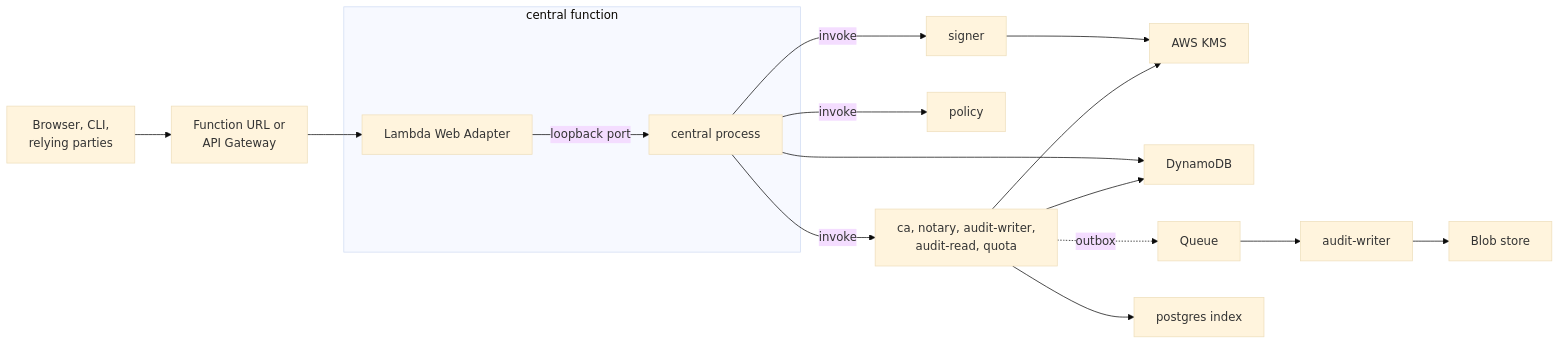
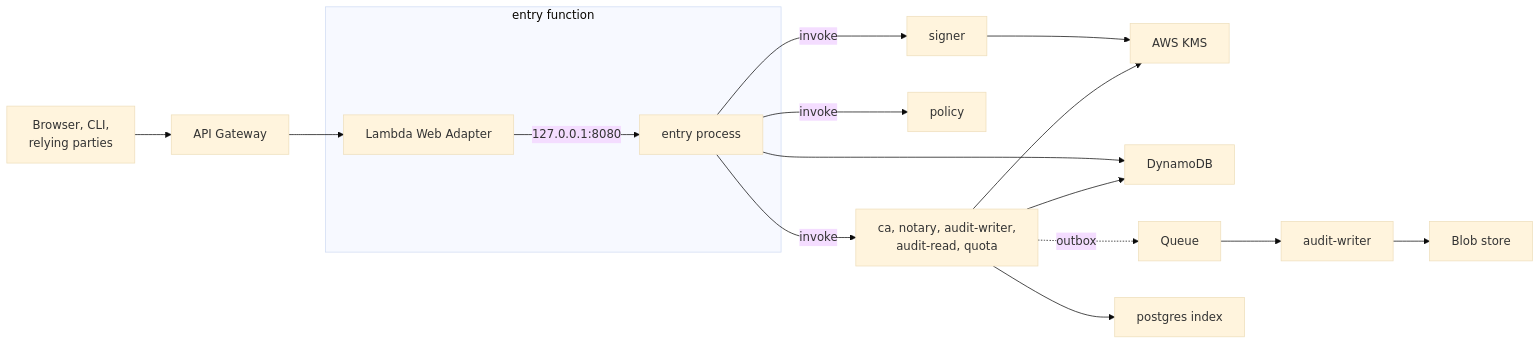
One commit to truvity/sluis changed the diagram in docs/shapes/aws-lambda.md. Above: the diagram before and after it, drawn with Mermaid (base theme). The commit also changed other lines of this file and 26 other files, not shown here.

````diff
--- a/docs/shapes/aws-lambda.md
+++ b/docs/shapes/aws-lambda.md
@@ -13,18 +13,18 @@
 ```mermaid
 flowchart LR
-  user["Browser, CLI,<br/>relying parties"] --> ep["Function URL or<br/>API Gateway"]
-  subgraph cn["central function"]
-    lwa["Lambda Web Adapter"] -- "loopback port" --> app["central process"]
+  user["Browser, CLI,<br/>relying parties"] --> ep["API Gateway"]
+  subgraph cn["entry function"]
+    lwa["Lambda Web Adapter"] -- "127.0.0.1:8080" --> app["entry process"]
   end
   ep --> lwa
   app -- "invoke" --> signer["signer"]
   app -- "invoke" --> policy["policy"]
   app -- "invoke" --> others["ca, notary, audit-writer,<br/>audit-read, quota"]
   signer --> kms["AWS KMS"]
   others --> kms
   app --> ddb["DynamoDB"]
   others --> ddb
   others -. "outbox" .-> q["Queue"]
   q --> writer["audit-writer"] --> blob["Blob store"]
   others --> idx["postgres index"]
 ```
````
